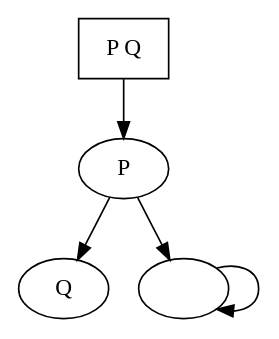
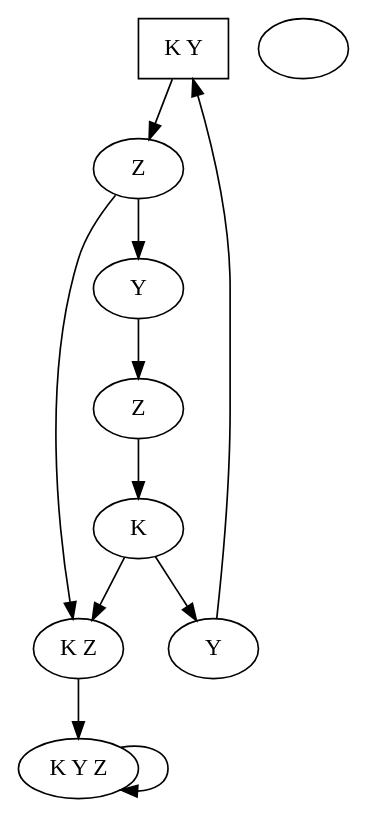
The diagram in example.dot (f-musa/ctl-model-checker), drawn with Graphviz before and after one commit. The commit also changed 3 other files, not shown here.

```diff
--- a/example.dot
+++ b/example.dot
@@ -1,15 +1,22 @@
- digraph mon_systeme {
- /* Liste des n÷uds avec leurs labels séparés par des espaces */
- q1 [ label =" P Q "];
- q2 [ label =" P "];
- q3 [ label =" Q "];
- q4 [ label =""];
+digraph complex_automaton {
+    /* States with labels */
+    q1 [label="K Y"];
+    q2 [label="Z"];
+    q3 [label="Y"];
+    q4 [label="Z"];
+    q5 [label="K Z"];
+    q6 [label="K Y Z"]; // Adjusted to have X, Y, and Z
+    q7 [label=""];
+    q8 [label="K"];
+    q9 [label="Y"];
 
- /* Un seul n÷ud initial */
- q1 [ shape = box ];
+    /* Initial State */
+    q1 [shape=box];
 
- /* Transitions */
- q1 -> q2 -> q3 ;
- q2 -> q4 ;
- q4 -> q4 ;
- }
+    /* Transitions */
+    q1 -> q2 -> q3 -> q4;
+    q2 -> q5 -> q6;
+    q6 -> q6; // Self-loop on q6 with X, Y, and Z
+    q4 -> q8 -> q5;
+    q8 -> q9 -> q1;
+}
```
